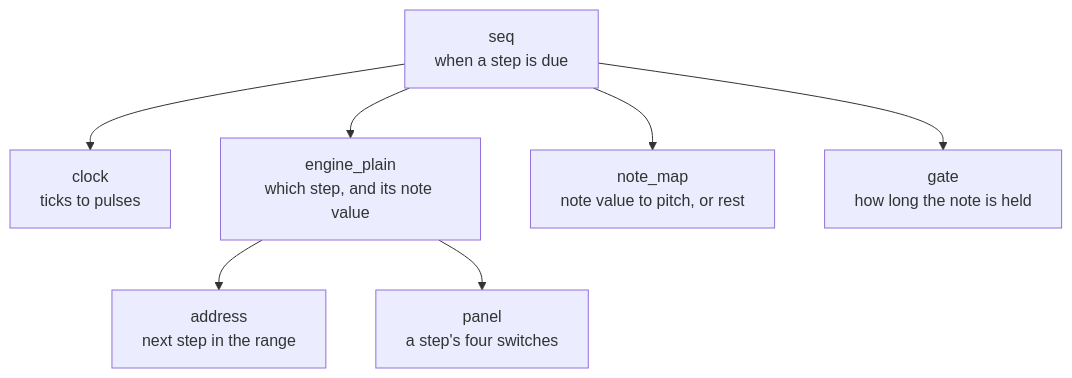
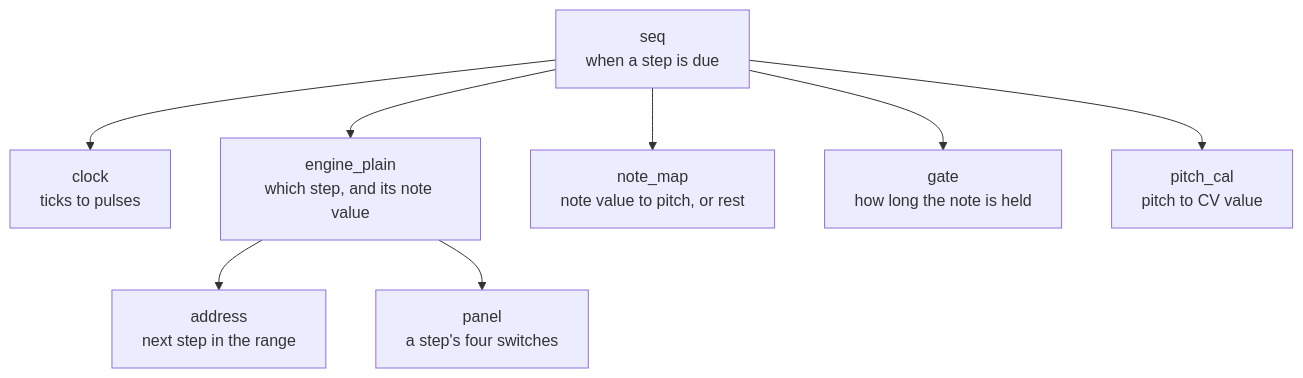
The sixth of 21 diagrams in docs/ARCHITECTURE.md (BonelessPig/nano_sequencer), drawn with Mermaid before and after one commit. The commit also changed other lines of this file and 34 other files, not shown here.

````diff
--- a/docs/ARCHITECTURE.md
+++ b/docs/ARCHITECTURE.md
@@ -264,9 +276,10 @@
 ```mermaid
 flowchart TD
     seq["seq<br/>when a step is due"] --> clock["clock<br/>ticks to pulses"]
     seq --> engine["engine_plain<br/>which step, and its note value"]
     seq --> note["note_map<br/>note value to pitch, or rest"]
     seq --> gate["gate<br/>how long the note is held"]
+    seq --> cal["pitch_cal<br/>pitch to CV value"]
     engine --> address["address<br/>next step in the range"]
     engine --> panel["panel<br/>a step's four switches"]
 ```
````
